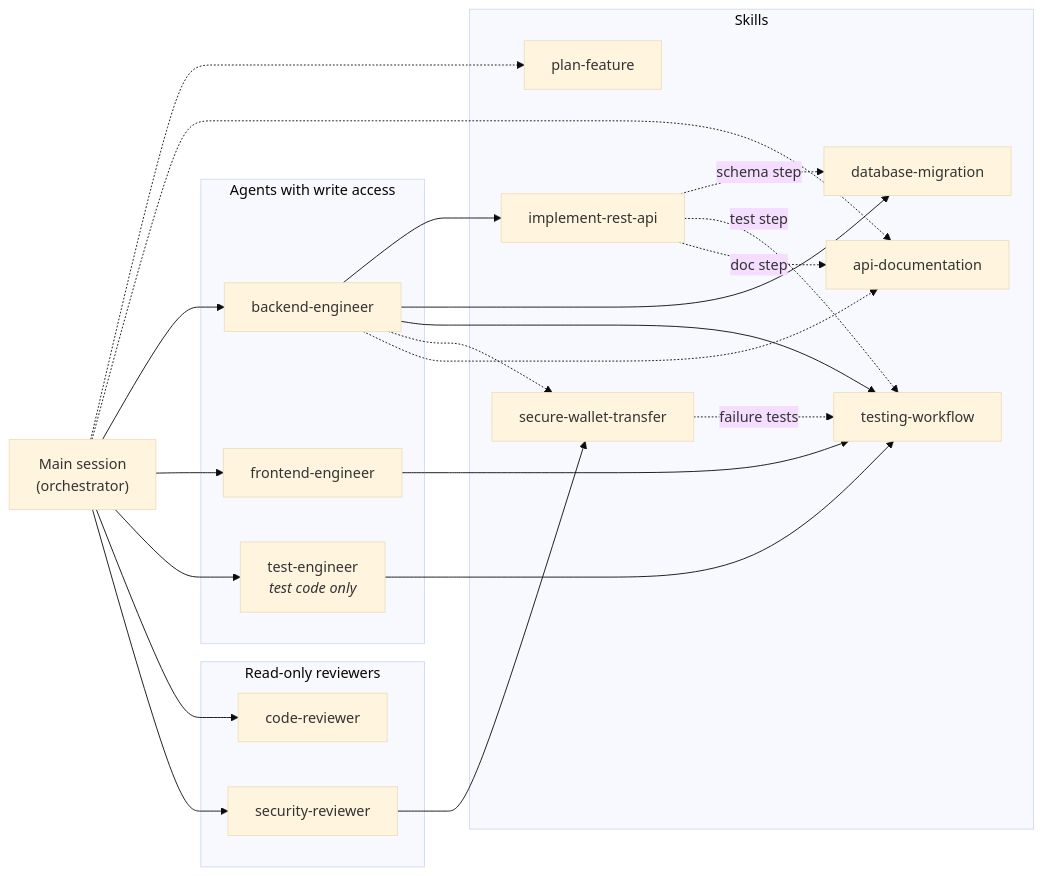
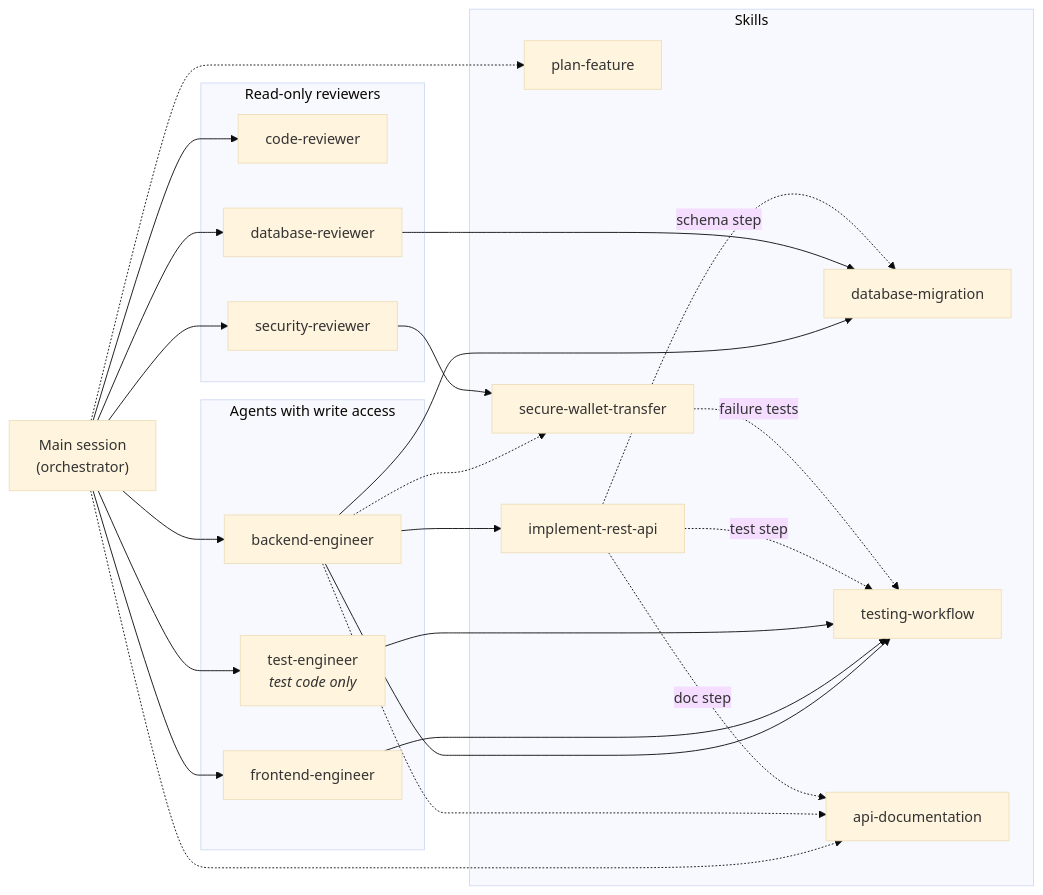
Before and after one commit to KSTKaung/Digital-Wallet-Platform: the second of 2 diagrams in .claude/WORKFLOW.md, drawn with Mermaid (base theme). The commit also changed other lines of this file and 12 other files, not shown here.

````diff
--- a/.claude/WORKFLOW.md
+++ b/.claude/WORKFLOW.md
@@ -59,42 +63,44 @@
 ```mermaid
 flowchart LR
     MAIN["Main session<br/>(orchestrator)"]
 
     subgraph WRITE["Agents with write access"]
         BE["backend-engineer"]
         FE["frontend-engineer"]
         TE["test-engineer<br/><i>test code only</i>"]
     end
 
     subgraph READ["Read-only reviewers"]
         CR["code-reviewer"]
         SR["security-reviewer"]
+        DR["database-reviewer"]
     end
 
     subgraph SKILLS["Skills"]
         PF["plan-feature"]
         API["implement-rest-api"]
         DB["database-migration"]
         MONEY["secure-wallet-transfer"]
         TW["testing-workflow"]
         AD["api-documentation"]
     end
 
     MAIN -.-> PF
     MAIN -.-> AD
-    MAIN --> BE & FE & TE & CR & SR
+    MAIN --> BE & FE & TE & CR & SR & DR
 
     BE --> API
     BE --> DB
     BE --> TW
     BE -.-> MONEY
     BE -.-> AD
     FE --> TW
     TE --> TW
     SR --> MONEY
+    DR --> DB
 
     API -.->|"schema step"| DB
     API -.->|"test step"| TW
     API -.->|"doc step"| AD
     MONEY -.->|"failure tests"| TW
 ```
````
